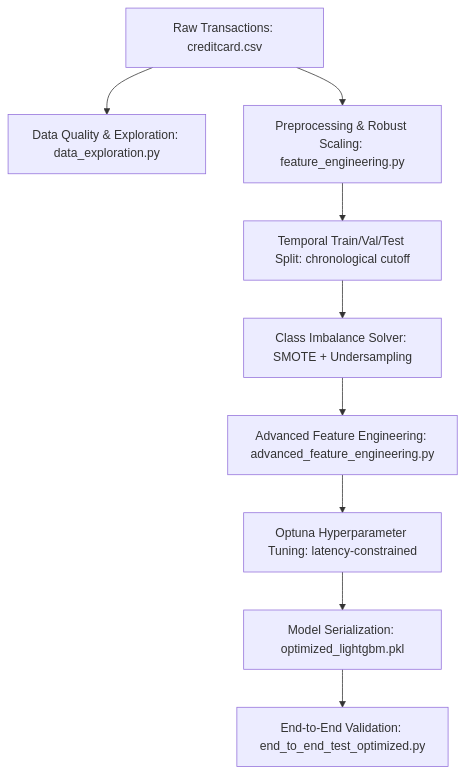
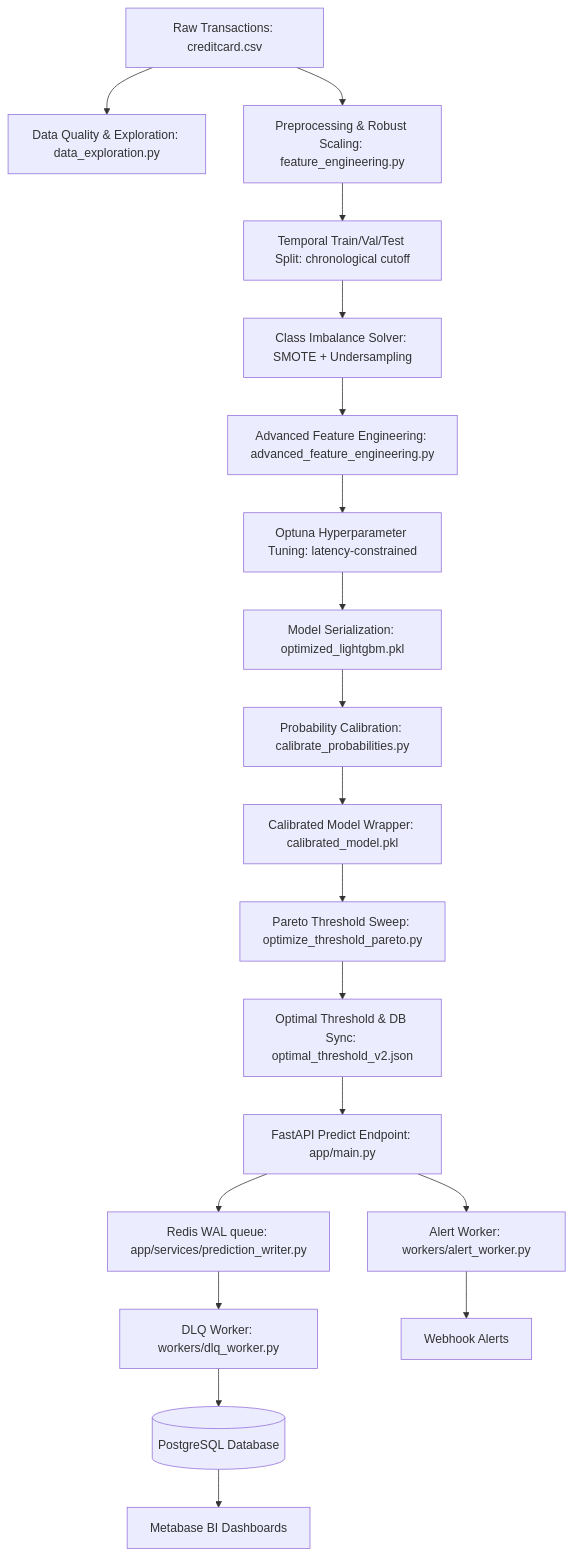
Before and after one commit to CollinsNyatundo/creditcard-fraud: the diagram in README.md, drawn with Mermaid. The commit also changed other lines of this file and 23 other files, not shown here.

First line of the commit message:
docs: update system architecture, design details, roadmap, and pipeline infographic

````diff
--- a/README.md
+++ b/README.md
@@ -65,11 +73,21 @@
 ```mermaid
 graph TD
     A[Raw Transactions: creditcard.csv] --> B[Data Quality & Exploration: data_exploration.py]
     A --> C[Preprocessing & Robust Scaling: feature_engineering.py]
     C --> D[Temporal Train/Val/Test Split: chronological cutoff]
     D --> E[Class Imbalance Solver: SMOTE + Undersampling]
     E --> F[Advanced Feature Engineering: advanced_feature_engineering.py]
     F --> G[Optuna Hyperparameter Tuning: latency-constrained]
     G --> H[Model Serialization: optimized_lightgbm.pkl]
-    H --> I[End-to-End Validation: end_to_end_test_optimized.py]
+    H --> I[Probability Calibration: calibrate_probabilities.py]
+    I --> J[Calibrated Model Wrapper: calibrated_model.pkl]
+    J --> K[Pareto Threshold Sweep: optimize_threshold_pareto.py]
+    K --> L[Optimal Threshold & DB Sync: optimal_threshold_v2.json]
+    L --> M[FastAPI Predict Endpoint: app/main.py]
+    M --> N[Redis WAL queue: app/services/prediction_writer.py]
+    N --> O[DLQ Worker: workers/dlq_worker.py]
+    O --> P[(PostgreSQL Database)]
+    P --> Q[Metabase BI Dashboards]
+    M --> R[Alert Worker: workers/alert_worker.py]
+    R --> S[Webhook Alerts]
 ```
````
